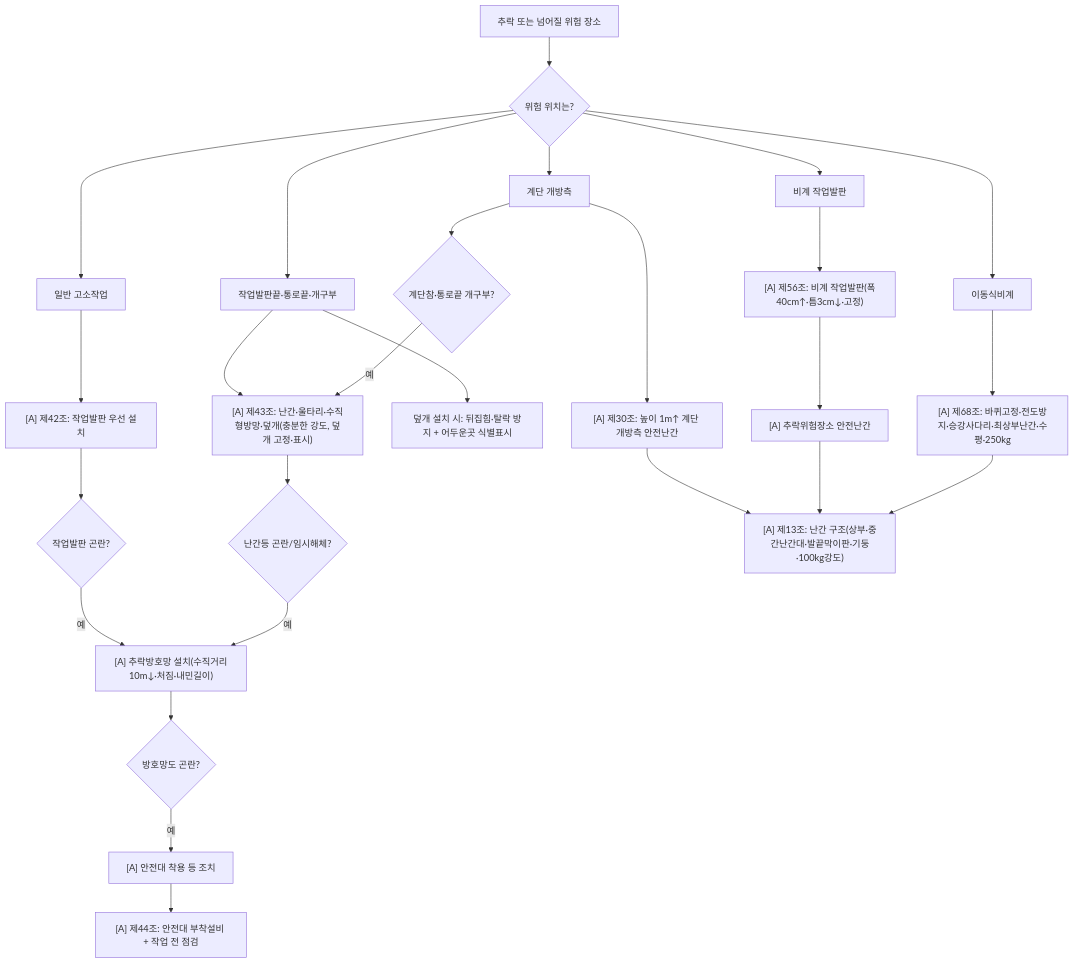
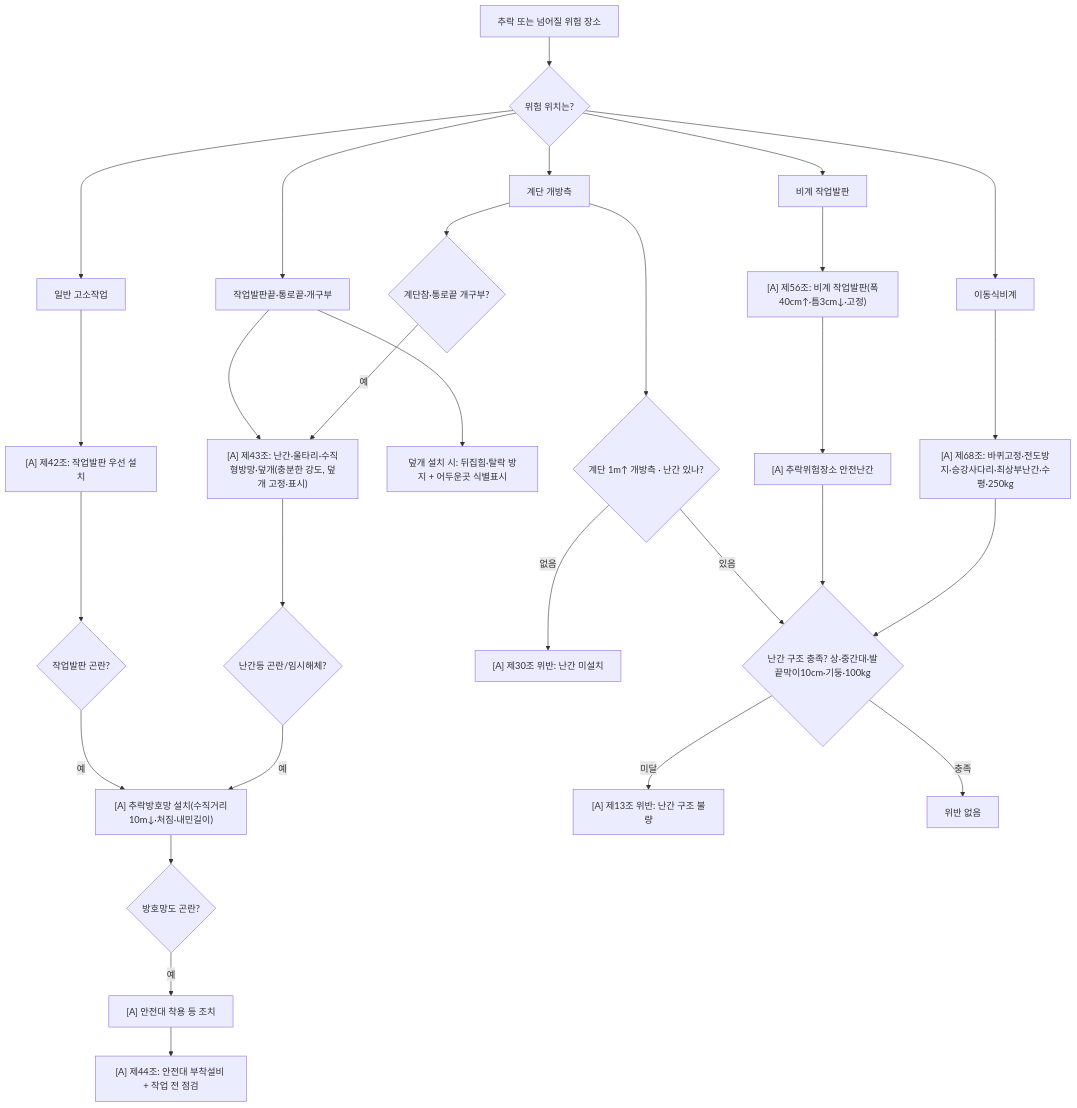
One commit to jinbless/arch-bot changed the diagram in docs/knowledge/감독관-판단기준/H01-추락.md. Above: the diagram before and after it, drawn with Mermaid. The commit also changed other lines of this file and 2 other files, not shown here.

Commit message:
feat(knowledge): 감독관 검수 반영 — 시설-first 마스터 흐름 + 제13/제30 조건부 분기
실제 산업안전 감독관 검수(방호조치 대체 관련.pdf) 2건 반영:

① 시설-first: 감독관은 현장에서 시설·장소를 먼저 특정한 뒤 재해유형·조문을 검토.
   - 00-master 마스터 흐름을 5단계로 재구성(사진→시설·장소 특정→적용 조문→방호·대체→최종위반)
   - 재해유형 H01~13을 "조문 앞 게이트"에서 "시설에서 파생되는 조직 렌즈"로 강등
   - §4 "재해유형 8문" → "시설→재해렌즈 역참조표"(재해유형 먼저 묻지 않음)로 재작성
   - cue-centric 방향(A/B 검증됨)과 정합

② 제13조 조건부: 계단(1m↑) 난간 없음→제30조(미설치) / 난간 있으나 구조미달→제13조(구조).
   배타·택일(항상 둘 다 아님). 제43/56/68도 동일 패턴 일반화. 제13 단독 1차 금지.
   - 00-master §5.1 재작성 + §6.1 계단 row + H01 흐름도 분기 + 조문선후/적용순서/expert 규칙
   - 후보엔 둘 다(recall 천장 유지), 판정만 분기

탐색기 재생성 검증: mermaid 17/17 SVG, 구문오류 0.

````diff
--- a/docs/knowledge/감독관-판단기준/H01-추락.md
+++ b/docs/knowledge/감독관-판단기준/H01-추락.md
@@ -16,33 +16,36 @@
 ```mermaid
 flowchart TD
   A[추락 또는 넘어질 위험 장소] --> B{위험 위치는?}
   B --> C[일반 고소작업]
   B --> D[작업발판끝·통로끝·개구부]
   B --> E[계단 개방측]
   B --> F[비계 작업발판]
   B --> G[이동식비계]
 
   C --> C1["[A] 제42조: 작업발판 우선 설치"]
   C1 --> C2{작업발판 곤란?}
   C2 -->|예| C3["[A] 추락방호망 설치(수직거리10m↓·처짐·내민길이)"]
   C3 --> C4{방호망도 곤란?}
   C4 -->|예| C5["[A] 안전대 착용 등 조치"]
   C5 --> C6["[A] 제44조: 안전대 부착설비 + 작업 전 점검"]
 
   D --> D1["[A] 제43조: 난간·울타리·수직형방망·덮개(충분한 강도, 덮개 고정·표시)"]
   D1 --> D2{난간등 곤란/임시해체?}
   D2 -->|예| C3
   D --> D5["덮개 설치 시: 뒤집힘·탈락 방지 + 어두운곳 식별표시"]
 
-  E --> E1["[A] 제30조: 높이 1m↑ 계단 개방측 안전난간"]
-  E1 --> E2["[A] 제13조: 난간 구조(상부·중간난간대·발끝막이판·기둥·100kg강도)"]
+  E --> EQ{"계단 1m↑ 개방측 · 난간 있나?"}
+  EQ -->|없음| E1["[A] 제30조 위반: 난간 미설치"]
+  EQ -->|있음| E2Q{"난간 구조 충족? 상·중간대·발끝막이10cm·기둥·100kg"}
+  E2Q -->|미달| E2["[A] 제13조 위반: 난간 구조 불량"]
+  E2Q -->|충족| EOK["위반 없음"]
   E --> E3{계단참·통로끝 개구부?}
   E3 -->|예| D1
 
   F --> F1["[A] 제56조: 비계 작업발판(폭40cm↑·틈3cm↓·고정)"]
   F1 --> F2["[A] 추락위험장소 안전난간"]
-  F2 --> E2
+  F2 --> E2Q
 
   G --> G1["[A] 제68조: 바퀴고정·전도방지·승강사다리·최상부난간·수평·250kg"]
-  G1 --> E2
+  G1 --> E2Q
 ```
````
